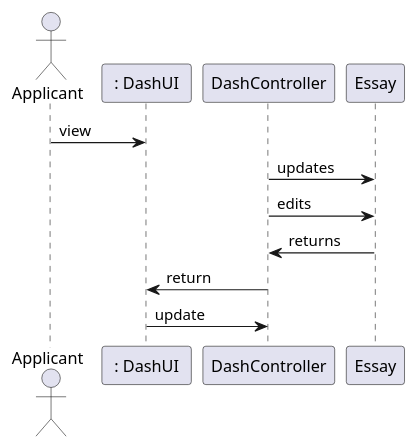
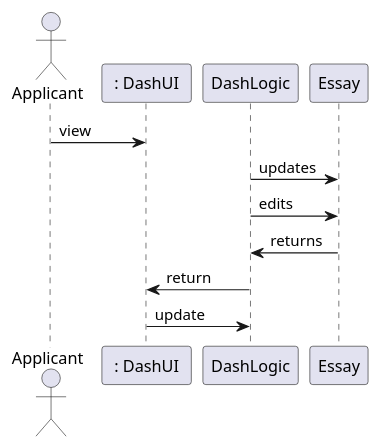
One commit to jlederer33/Essay-Review-App changed the second of 3 diagrams in intellij/doc/design.md. Above: the diagram before and after it, drawn with PlantUML. The commit also changed other lines of this file, not shown here.

Commit message:
Edited the diagrams.Replaced DashController with DashLogic.

````diff
--- a/intellij/doc/design.md
+++ b/intellij/doc/design.md
@@ -88,11 +18,11 @@
 ```plantuml
 actor Applicant as applicant
 participant " : DashUI " as DashUI
 applicant-> DashUI : view
-DashController -> Essay : updates
-DashController -> Essay : edits
-Essay -> DashController : returns
-DashController-> DashUI : return
-DashUI-> DashController : update
+DashLogic -> Essay : updates
+DashLogic -> Essay : edits
+Essay -> DashLogic : returns
+DashLogic -> DashUI : return
+DashUI-> DashLogic : update
 
 ```
````
